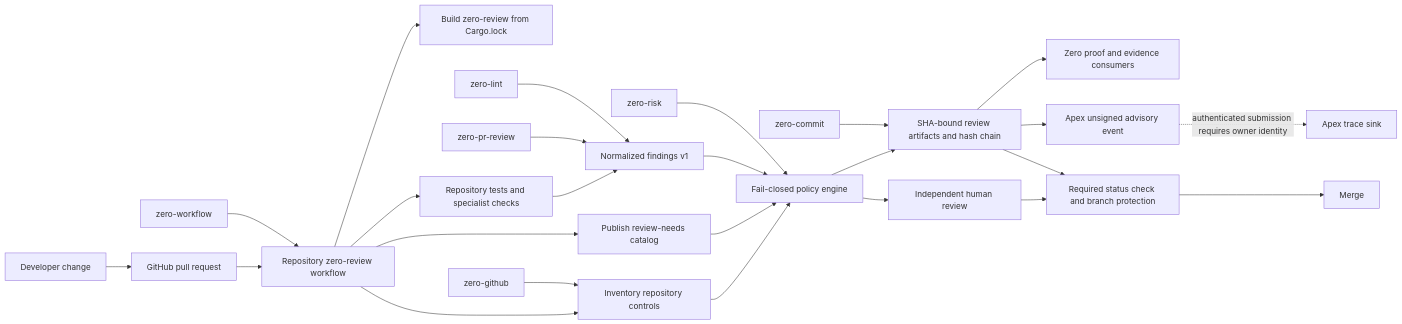
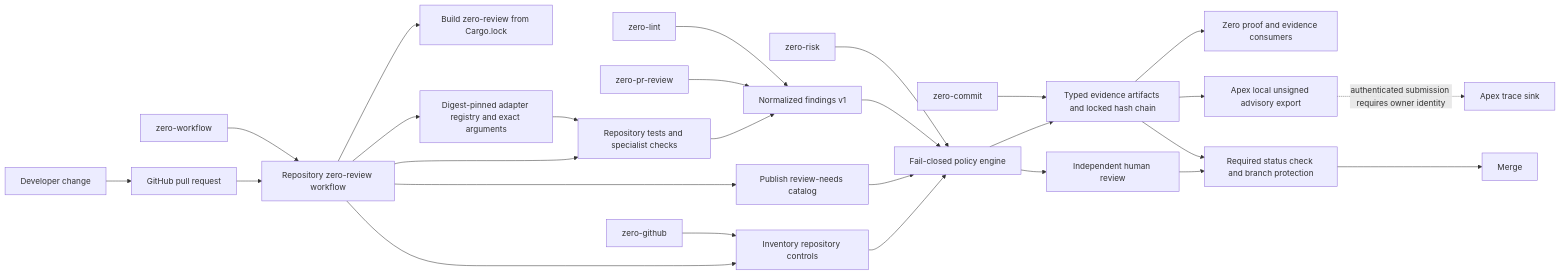
Before and after one commit to raf-com/zero-review: the diagram in docs/ARCHITECTURE.md, drawn with Mermaid. The commit also changed other lines of this file and 14 other files, not shown here.

Commit message:
feat: harden review evidence and adapters

````diff
--- a/docs/ARCHITECTURE.md
+++ b/docs/ARCHITECTURE.md
@@ -5,28 +5,30 @@
 ```mermaid
 flowchart LR
   DEV[Developer change] --> PR[GitHub pull request]
   PR --> WF[Repository zero-review workflow]
   WF --> BUILD[Build zero-review from Cargo.lock]
   WF --> INV[Inventory repository controls]
   WF --> NEEDS[Publish review-needs catalog]
   WF --> TESTS[Repository tests and specialist checks]
+  WF --> REGISTRY[Digest-pinned adapter registry and exact arguments]
+  REGISTRY --> TESTS
   INV --> POLICY[Fail-closed policy engine]
   NEEDS --> POLICY
   TESTS --> NORMALIZE[Normalized findings v1]
   NORMALIZE --> POLICY
-  POLICY --> RECEIPT[SHA-bound review artifacts and hash chain]
+  POLICY --> RECEIPT[Typed evidence artifacts and locked hash chain]
   POLICY --> HUMAN[Independent human review]
   RECEIPT --> PROOF[Zero proof and evidence consumers]
-  RECEIPT --> APEX[Apex unsigned advisory event]
+  RECEIPT --> APEX[Apex local unsigned advisory export]
   APEX -. authenticated submission requires owner identity .-> TRACE[Apex trace sink]
   HUMAN --> PROTECT[Required status check and branch protection]
   RECEIPT --> PROTECT
   PROTECT --> MERGE[Merge]
 
   ZPR[zero-pr-review] --> NORMALIZE
   ZL[zero-lint] --> NORMALIZE
   ZG[zero-github] --> INV
   ZR[zero-risk] --> POLICY
   ZC[zero-commit] --> RECEIPT
   ZW[zero-workflow] --> WF
 ```
````
